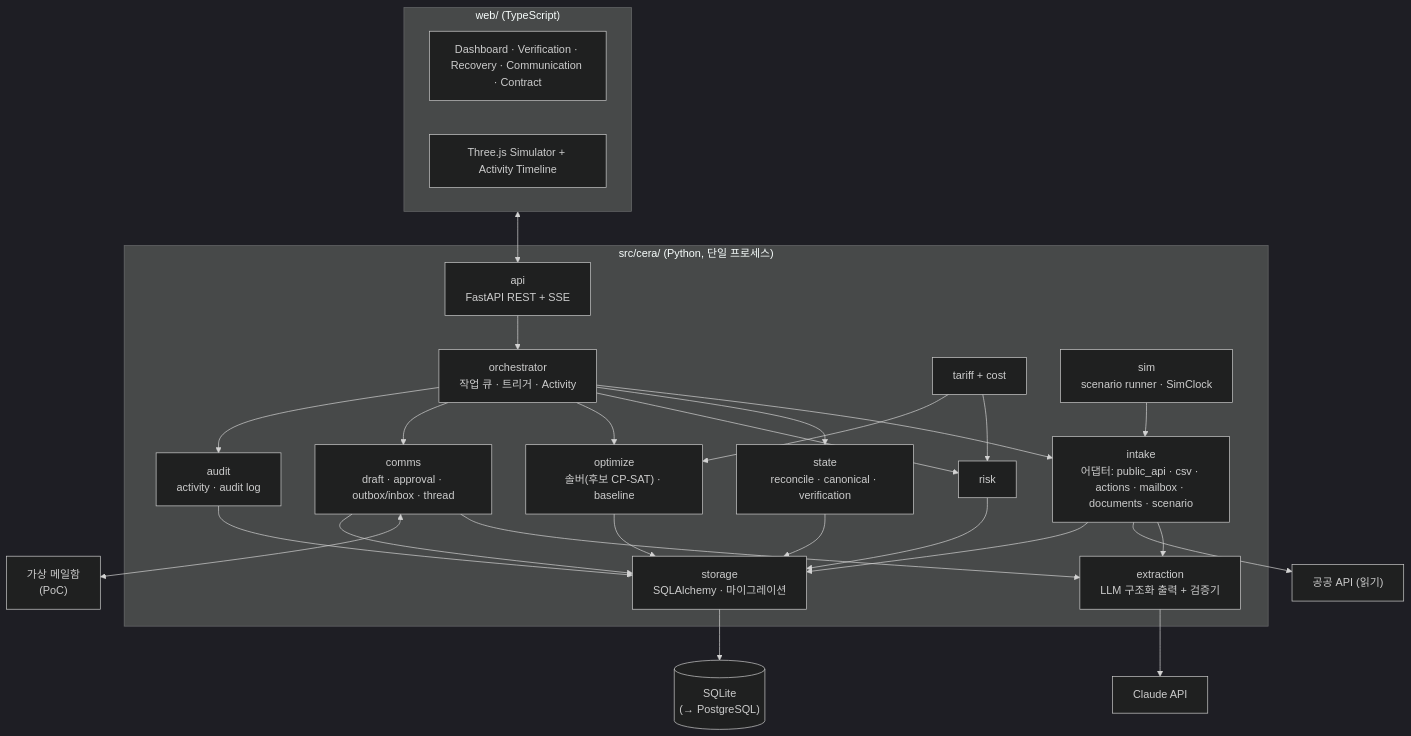
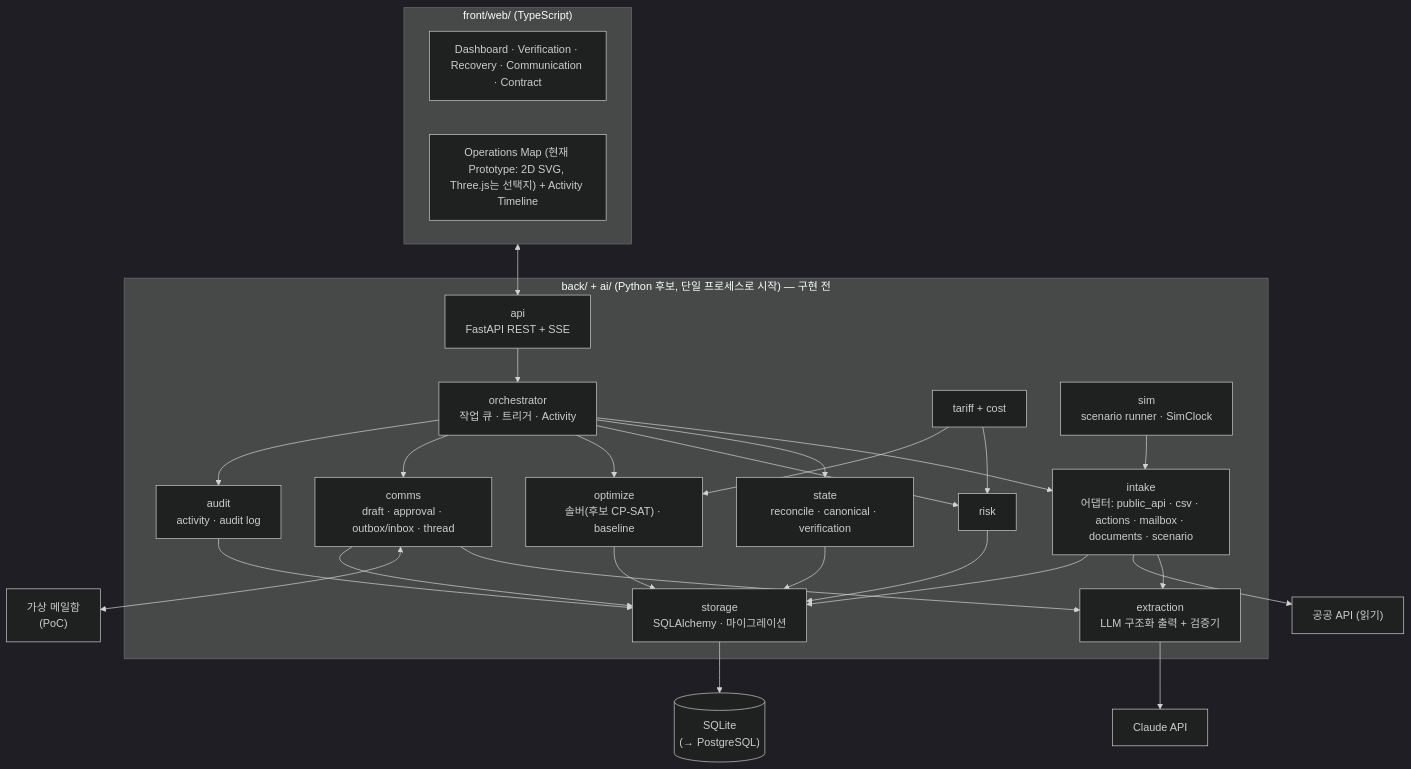
One commit to dong3114/container-exception changed the diagram in docs/07_backend-architecture.md. Above: the diagram before and after it, drawn with Mermaid (dark theme). The commit also changed other lines of this file and 64 other files, not shown here.

First line of the commit message:
feat: establish CERA frontend prototype and monorepo structure

````diff
--- a/docs/07_backend-architecture.md
+++ b/docs/07_backend-architecture.md
@@ -18,41 +18,41 @@
 ```mermaid
 flowchart TB
-  subgraph WEB["web/ (TypeScript)"]
+  subgraph WEB["front/web/ (TypeScript)"]
     DASH["Dashboard · Verification · Recovery · Communication · Contract"]
-    SIM3D["Three.js Simulator + Activity Timeline"]
+    SIM3D["Operations Map (현재 Prototype: 2D SVG, Three.js는 선택지) + Activity Timeline"]
   end
 
-  subgraph BE["src/cera/ (Python, 단일 프로세스)"]
+  subgraph BE["back/ + ai/ (Python 후보, 단일 프로세스로 시작) — 구현 전"]
     API["api<br/>FastAPI REST + SSE"]
     ORC["orchestrator<br/>작업 큐 · 트리거 · Activity"]
     ING["intake<br/>어댑터: public_api · csv · actions · mailbox · documents · scenario"]
     EXT["extraction<br/>LLM 구조화 출력 + 검증기"]
     STA["state<br/>reconcile · canonical · verification"]
     TRF["tariff + cost"]
     RSK["risk"]
     OPT["optimize<br/>솔버(후보 CP-SAT) · baseline"]
     COM["comms<br/>draft · approval · outbox/inbox · thread"]
     SIMS["sim<br/>scenario runner · SimClock"]
     STO["storage<br/>SQLAlchemy · 마이그레이션"]
     AUD["audit<br/>activity · audit log"]
   end
 
   DB[("SQLite<br/>(→ PostgreSQL)")]
   LLM["Claude API"]
   PUB["공공 API (읽기)"]
   MBOX["가상 메일함<br/>(PoC)"]
 
   WEB <--> API
   API --> ORC
   ORC --> ING & STA & RSK & OPT & COM
   ING --> EXT
   EXT --> LLM
   COM --> EXT
   ING --> PUB
   COM <--> MBOX
   SIMS --> ING
   STA & RSK & OPT & COM & ING --> STO --> DB
   ORC --> AUD --> STO
   TRF --> RSK
   TRF --> OPT
 ```
````
